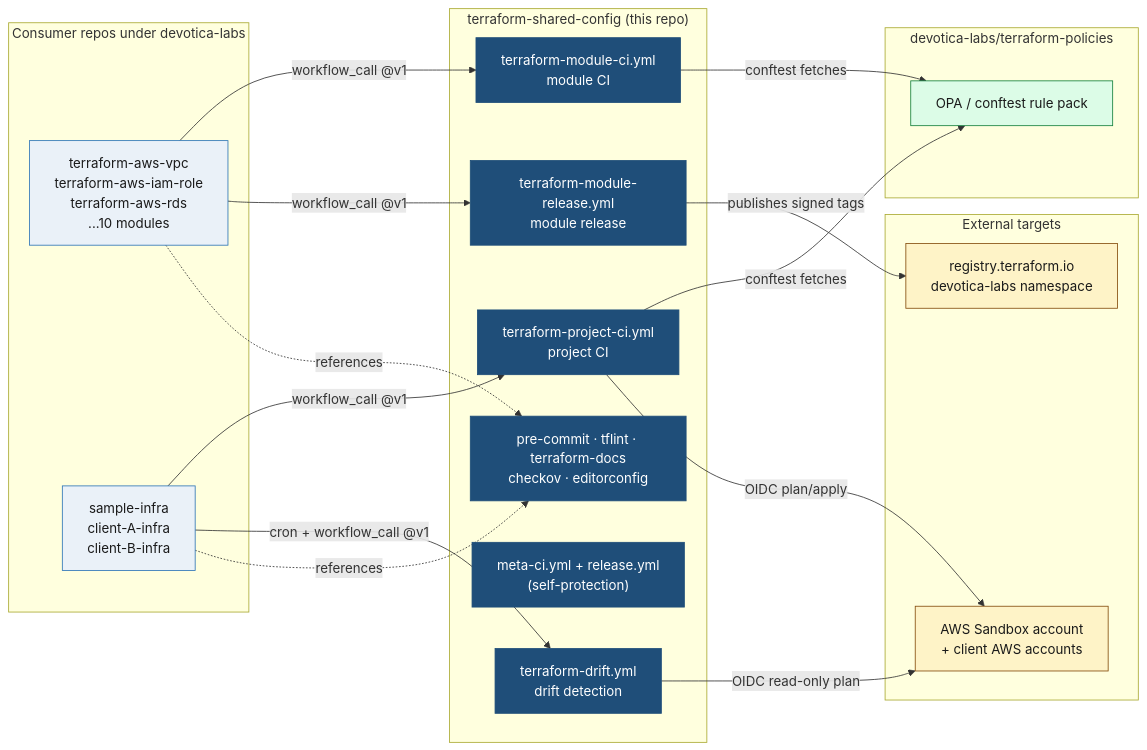
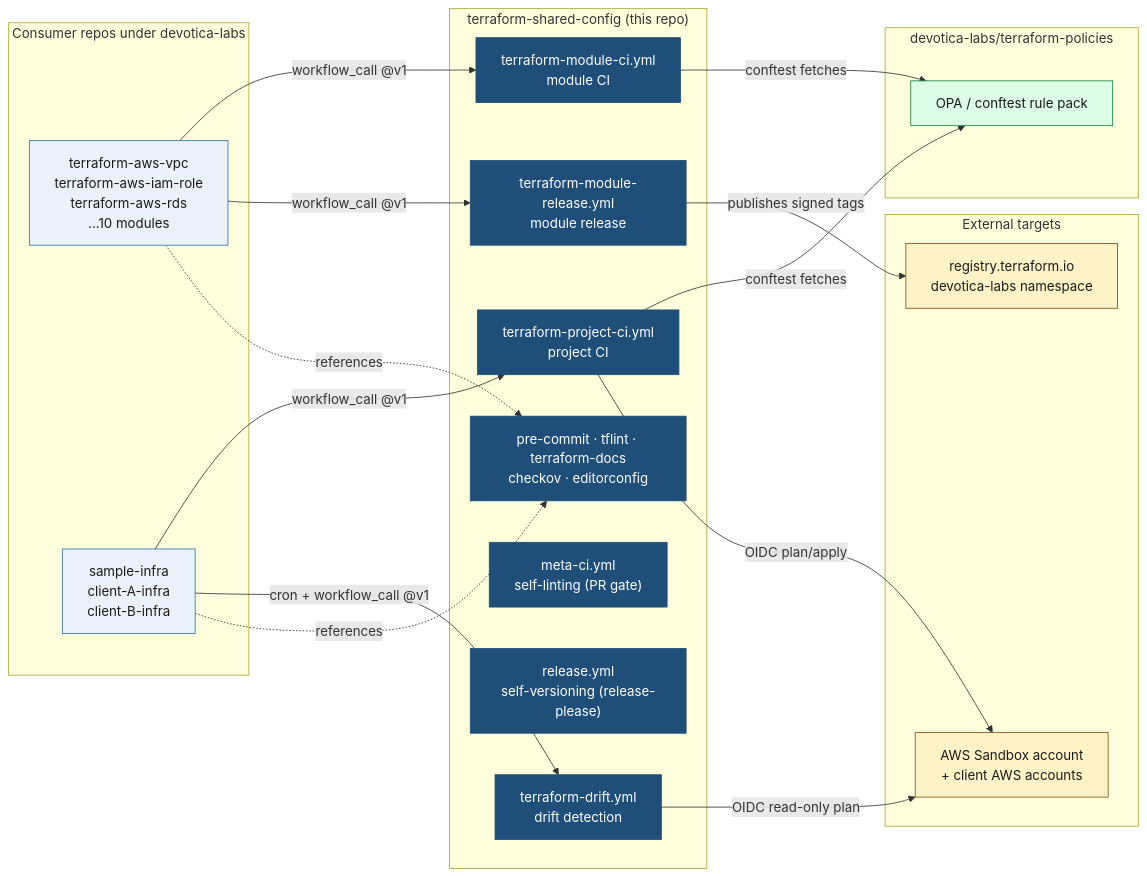
Before and after one commit to devotica-labs/terraform-shared-config: the first of 3 diagrams in README.md, drawn with Mermaid. The commit also changed other lines of this file, not shown here.

````diff
--- a/README.md
+++ b/README.md
@@ -32,48 +32,49 @@
 ```mermaid
 flowchart LR
     subgraph Consumers["Consumer repos under devotica-labs"]
         MOD["terraform-aws-vpc<br/>terraform-aws-iam-role<br/>terraform-aws-rds<br/>...10 modules"]
         PROJ["sample-infra<br/>client-A-infra<br/>client-B-infra"]
     end
 
     subgraph Shared["terraform-shared-config (this repo)"]
         MCI["terraform-module-ci.yml<br/>module CI"]
         PCI["terraform-project-ci.yml<br/>project CI"]
         MRL["terraform-module-release.yml<br/>module release"]
         DRF["terraform-drift.yml<br/>drift detection"]
-        SELF["meta-ci.yml + release.yml<br/>(self-protection)"]
+        META["meta-ci.yml<br/>self-linting (PR gate)"]
+        SELFREL["release.yml<br/>self-versioning (release-please)"]
         CFG["pre-commit · tflint · terraform-docs<br/>checkov · editorconfig"]
     end
 
     subgraph Policies["devotica-labs/terraform-policies"]
         OPA["OPA / conftest rule pack"]
     end
 
     subgraph Ext["External targets"]
         REG["registry.terraform.io<br/>devotica-labs namespace"]
         SBX["AWS Sandbox account<br/>+ client AWS accounts"]
     end
 
     MOD -->|workflow_call @v1| MCI
     MOD -->|workflow_call @v1| MRL
     PROJ -->|workflow_call @v1| PCI
     PROJ -->|cron + workflow_call @v1| DRF
     MOD -.->|references| CFG
     PROJ -.->|references| CFG
 
     MCI -->|conftest fetches| OPA
     PCI -->|conftest fetches| OPA
 
     MRL -->|publishes signed tags| REG
     PCI -->|OIDC plan/apply| SBX
     DRF -->|OIDC read-only plan| SBX
 
     classDef shared fill:#1F4E79,color:#fff,stroke:#1F4E79;
     classDef consumer fill:#eaf1f8,color:#1a1a1a,stroke:#2E75B6;
     classDef pol fill:#dcfce7,color:#1a1a1a,stroke:#15803d;
     classDef ext fill:#fef3c7,color:#1a1a1a,stroke:#854d0e;
-    class MCI,PCI,MRL,DRF,SELF,CFG shared;
+    class MCI,PCI,MRL,DRF,META,SELFREL,CFG shared;
     class MOD,PROJ consumer;
     class OPA pol;
     class REG,SBX ext;
 ```
````
